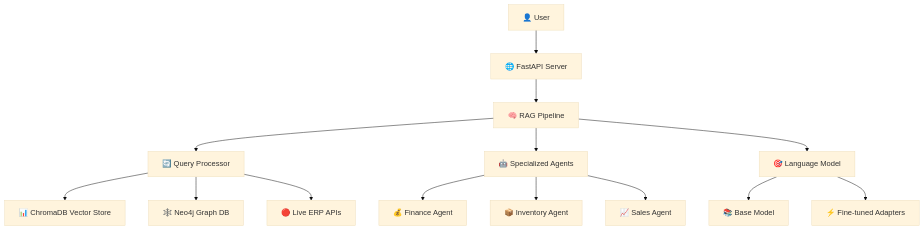
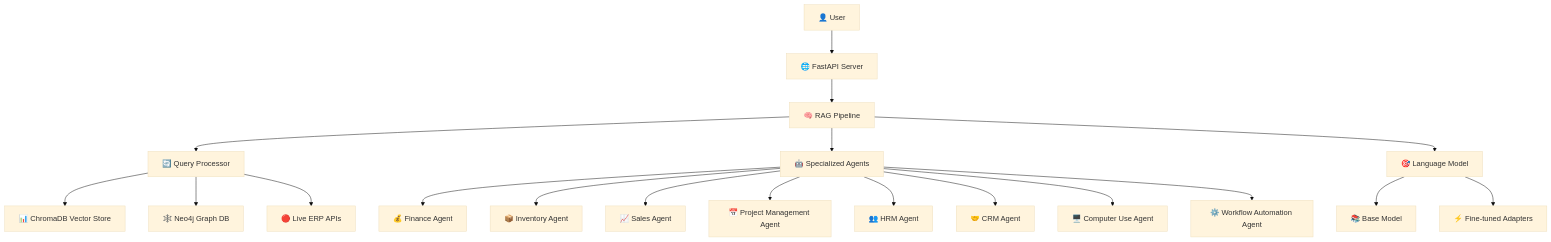
Before and after one commit to Hieu-vn/ERP-multimodal-llm: the first of 2 diagrams in docs/ARCHITECTURE.md, drawn with Mermaid (base theme). The commit also changed other lines of this file and 25 other files, not shown here.

````diff
--- a/docs/ARCHITECTURE.md
+++ b/docs/ARCHITECTURE.md
@@ -9,19 +11,21 @@
 ```mermaid
 graph TB
     User[👤 User] --> API[🌐 FastAPI Server]
     API --> RAGPipeline[🧠 RAG Pipeline]
-    
     RAGPipeline --> QueryProcessor[🔄 Query Processor]
     QueryProcessor --> VectorStore[📊 ChromaDB Vector Store]
     QueryProcessor --> GraphDB[🕸️ Neo4j Graph DB]
     QueryProcessor --> LiveAPI[🔴 Live ERP APIs]
-    
     RAGPipeline --> Agents[🤖 Specialized Agents]
     Agents --> FinanceAgent[💰 Finance Agent]
     Agents --> InventoryAgent[📦 Inventory Agent]
     Agents --> SalesAgent[📈 Sales Agent]
-    
+    Agents --> ProjectAgent[📅 Project Management Agent]
+    Agents --> HRMAgent[👥 HRM Agent]
+    Agents --> CRMAgent[🤝 CRM Agent]
+    Agents --> ComputerUseAgent[🖥️ Computer Use Agent]
+    Agents --> WorkflowAgent[⚙️ Workflow Automation Agent]
     RAGPipeline --> LLM[🎯 Language Model]
     LLM --> BaseModel[📚 Base Model]
     LLM --> FineTuned[⚡ Fine-tuned Adapters]
 ```
````
